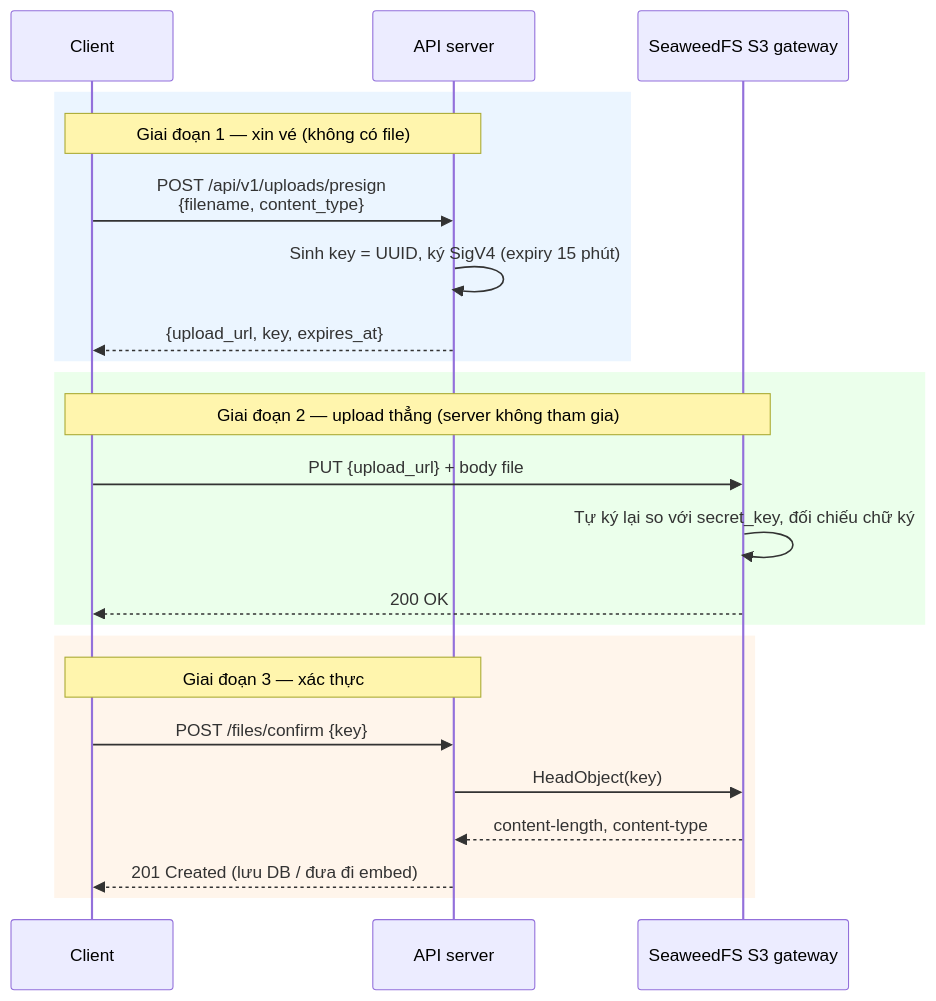
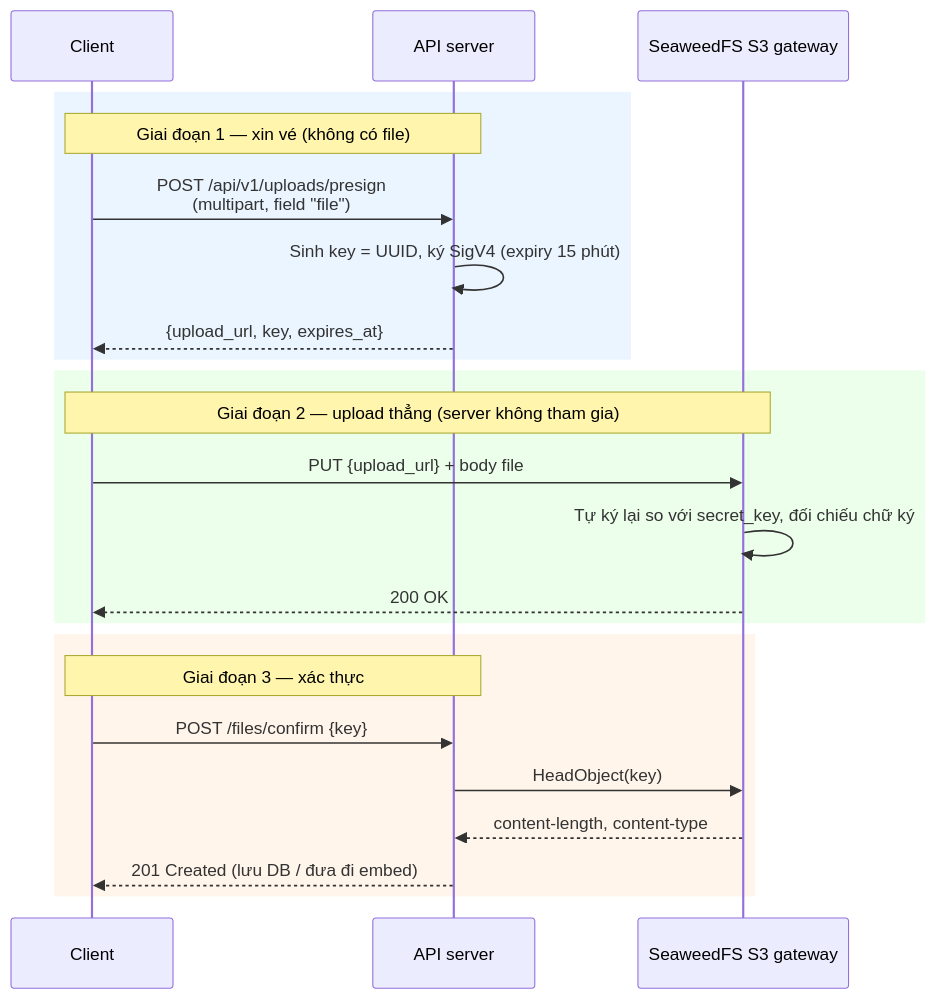
One commit to TheronThayer9999/knowledge_ingestion changed the second of 2 diagrams in UPLOAD_FLOW.md. Above: the diagram before and after it, drawn with Mermaid. The commit also changed other lines of this file and 10 other files, not shown here.

Commit message:
feat: switch presign endpoints to multipart form with FileHeader DTO

````diff
--- a/UPLOAD_FLOW.md
+++ b/UPLOAD_FLOW.md
@@ -144,28 +144,28 @@
 ```mermaid
 sequenceDiagram
     participant C as Client
     participant API as API server
     participant S3 as SeaweedFS S3 gateway
 
     rect rgb(235, 245, 255)
     Note over C, API: Giai đoạn 1 — xin vé (không có file)
-    C->>API: POST /api/v1/uploads/presign<br/>{filename, content_type}
+    C->>API: POST /api/v1/uploads/presign<br/>(multipart, field "file")
     API->>API: Sinh key = UUID, ký SigV4 (expiry 15 phút)
     API-->>C: {upload_url, key, expires_at}
     end
 
     rect rgb(235, 255, 235)
     Note over C, S3: Giai đoạn 2 — upload thẳng (server không tham gia)
     C->>S3: PUT {upload_url} + body file
     S3->>S3: Tự ký lại so với secret_key, đối chiếu chữ ký
     S3-->>C: 200 OK
     end
 
     rect rgb(255, 245, 235)
     Note over C, API: Giai đoạn 3 — xác thực
     C->>API: POST /files/confirm {key}
     API->>S3: HeadObject(key)
     S3-->>API: content-length, content-type
     API-->>C: 201 Created (lưu DB / đưa đi embed)
     end
 ```
````
